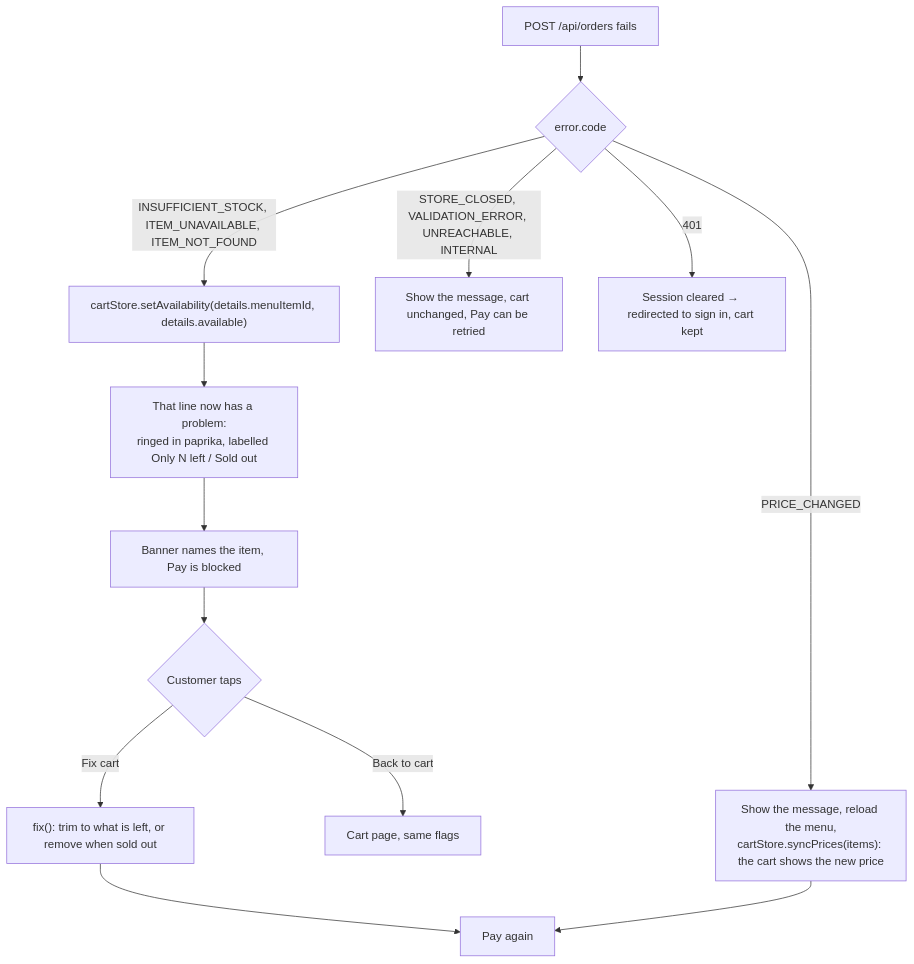
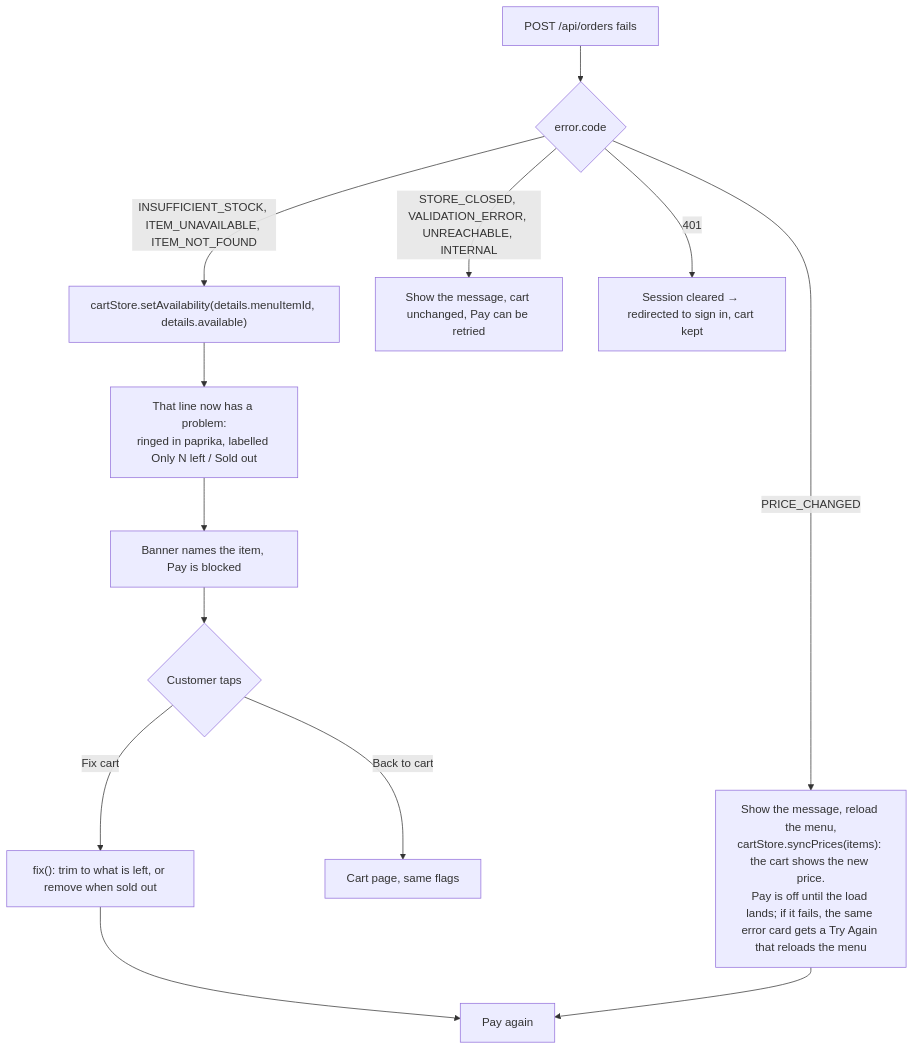
Before and after one commit to The-KhaNha/KhaNha: diagram 14 of 28 in docs/ARCHITECTURE.md, drawn with Mermaid. The commit also changed 7 other files, not shown here.

First line of the commit message:
Checkout: after a price change, Pay waits for the new price, and a failed reload offers a retry

````diff
--- a/docs/ARCHITECTURE.md
+++ b/docs/ARCHITECTURE.md
@@ -588,15 +588,15 @@
 ```mermaid
 flowchart TD
   Err["POST /api/orders fails"] --> Kind{"error.code"}
   Kind -->|"INSUFFICIENT_STOCK, ITEM_UNAVAILABLE, ITEM_NOT_FOUND"| Record["cartStore.setAvailability(details.menuItemId, details.available)"]
   Record --> Flag["That line now has a problem:<br/>ringed in paprika, labelled Only N left / Sold out"]
   Flag --> Banner["Banner names the item, Pay is blocked"]
   Banner --> Fix{"Customer taps"}
   Fix -->|"Fix cart"| Trim["fix(): trim to what is left, or remove when sold out"]
   Trim --> Retry["Pay again"]
   Fix -->|"Back to cart"| CartPage["Cart page, same flags"]
-  Kind -->|"PRICE_CHANGED"| Reprice["Show the message, reload the menu,<br/>cartStore.syncPrices(items): the cart shows the new price"]
+  Kind -->|"PRICE_CHANGED"| Reprice["Show the message, reload the menu,<br/>cartStore.syncPrices(items): the cart shows the new price.<br/>Pay is off until the load lands; if it fails, the same error card gets a Try Again that reloads the menu"]
   Reprice --> Retry
   Kind -->|"STORE_CLOSED, VALIDATION_ERROR, UNREACHABLE, INTERNAL"| Plain["Show the message, cart unchanged, Pay can be retried"]
   Kind -->|"401"| Session["Session cleared → redirected to sign in, cart kept"]
 ```
````
